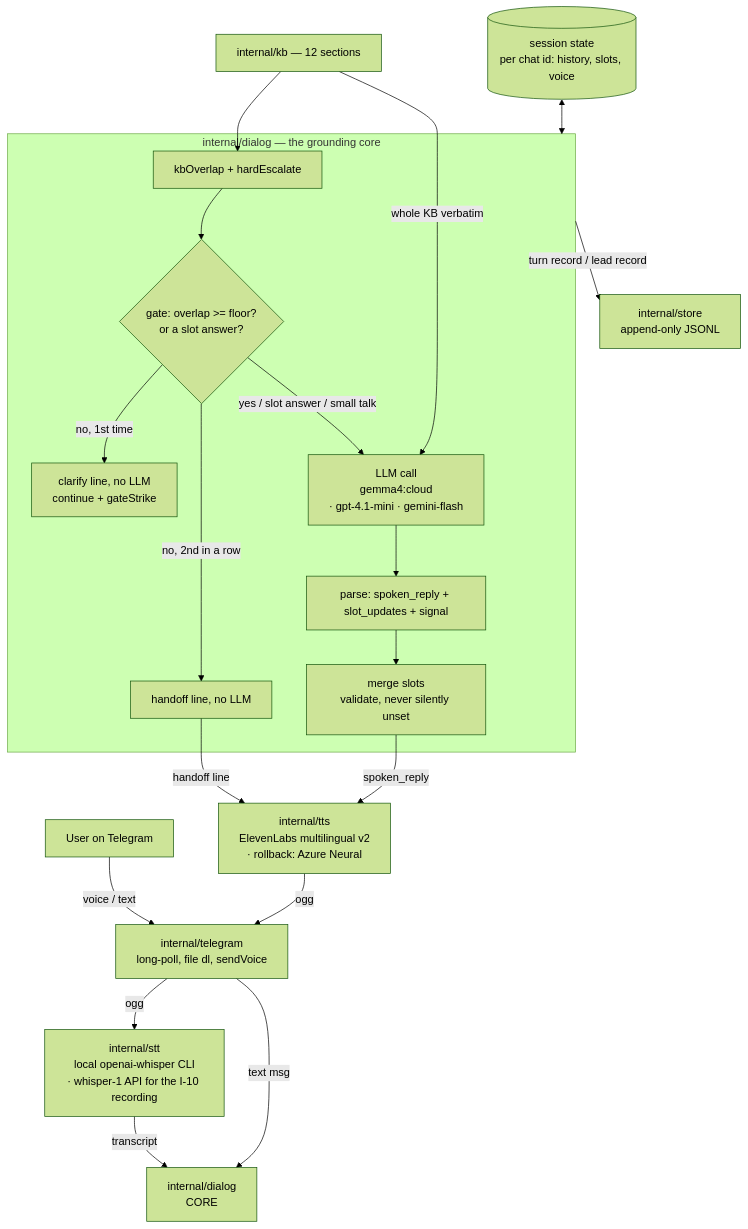
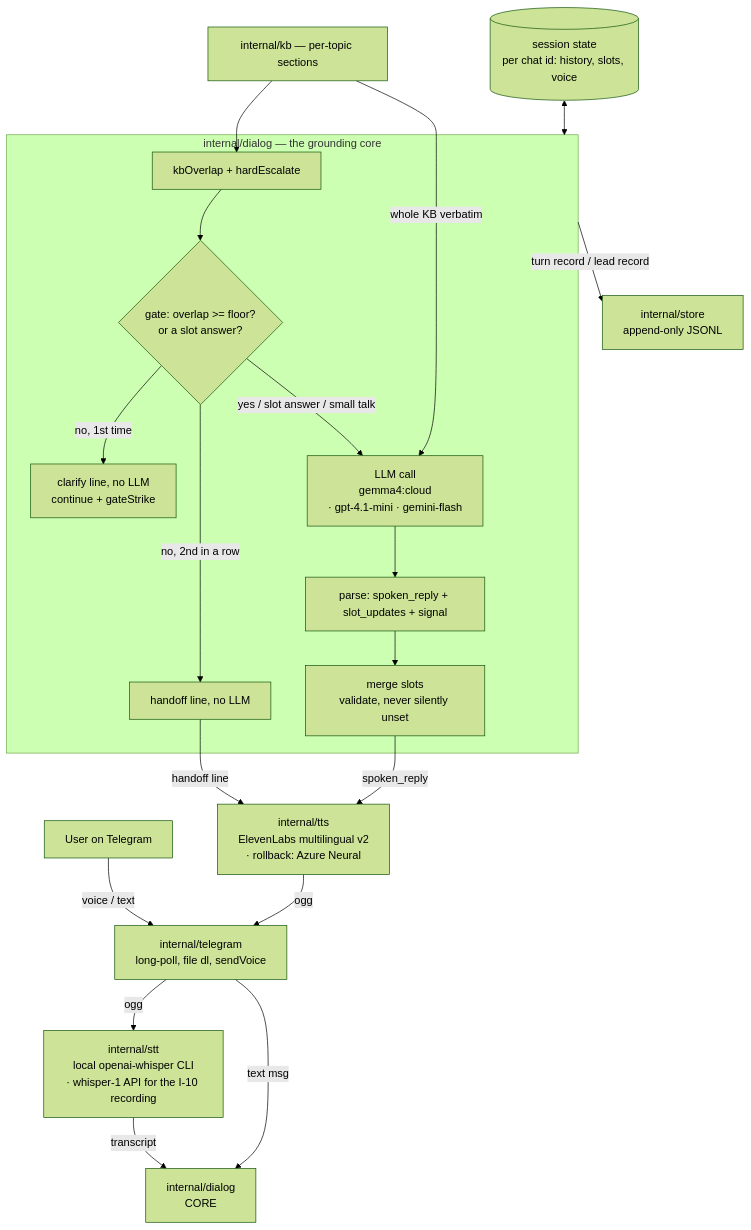
Before and after one commit to valpere/v2v-demo: the diagram in docs/architecture.md, drawn with Mermaid (forest theme). The commit also changed other lines of this file and 5 other files, not shown here.

````diff
--- a/docs/architecture.md
+++ b/docs/architecture.md
@@ -29,25 +29,25 @@
 ```mermaid
 flowchart TD
     U[User on Telegram] -->|voice / text| TG[internal/telegram\nlong-poll, file dl, sendVoice]
     TG -->|ogg| STT[internal/stt\nlocal openai-whisper CLI\n· whisper-1 API for the I-10 recording]
     STT -->|transcript| D[internal/dialog\nCORE]
     TG -->|text msg| D
 
     subgraph CORE [internal/dialog — the grounding core]
         R[kbOverlap + hardEscalate] --> G{gate: overlap >= floor?\nor a slot answer?}
         G -->|no, 1st time| CL[clarify line, no LLM\ncontinue + gateStrike]
         G -->|no, 2nd in a row| ESC[handoff line, no LLM]
         G -->|yes / slot answer / small talk| LLM[LLM call\ngemma4:cloud\n· gpt-4.1-mini · gemini-flash]
         LLM --> P[parse: spoken_reply + slot_updates + signal]
         P --> M[merge slots\nvalidate, never silently unset]
     end
 
-    KB[internal/kb — 12 sections] --> R
+    KB[internal/kb — per-topic sections] --> R
     KB -->|whole KB verbatim| LLM
     S[(session state\nper chat id: history, slots, voice)] <--> CORE
 
     M -->|spoken_reply| TTS[internal/tts\nElevenLabs multilingual v2\n· rollback: Azure Neural]
     ESC -->|handoff line| TTS
     TTS -->|ogg| TG
     CORE -->|turn record / lead record| LOG[internal/store\nappend-only JSONL]
 ```
````
